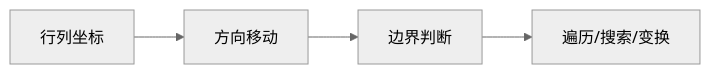
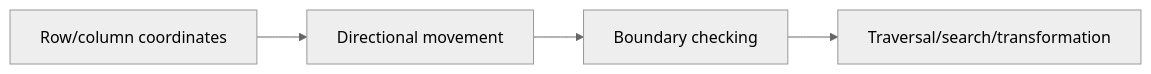
Before and after one commit to HONGLEI111/hhlblog-global: the diagram in src/content/technology/two-d-array.md, drawn with Mermaid (neutral theme). The commit also changed 33 other files, not shown here.

First line of the commit message:
content(code): 翻译 mermaid 图节点标签（34 文件 / 267 处）

````diff
--- a/src/content/technology/two-d-array.md
+++ b/src/content/technology/two-d-array.md
@@ -253,6 +253,6 @@
 ```mermaid
 graph LR
-    A[行列坐标] --> B[方向移动]
-    B --> C[边界判断]
-    C --> D[遍历/搜索/变换]
+    A[Row/column coordinates] --> B[Directional movement]
+    B --> C[Boundary checking]
+    C --> D[Traversal/search/transformation]
 ```
````
